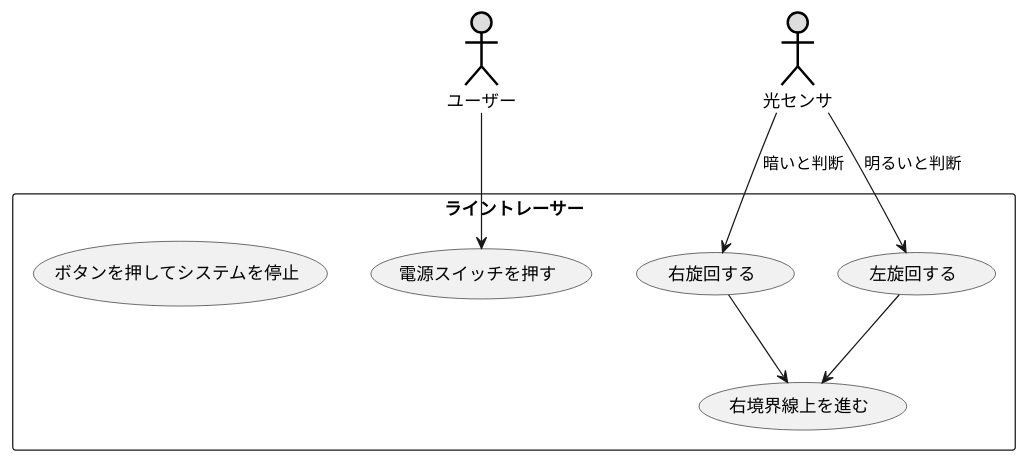
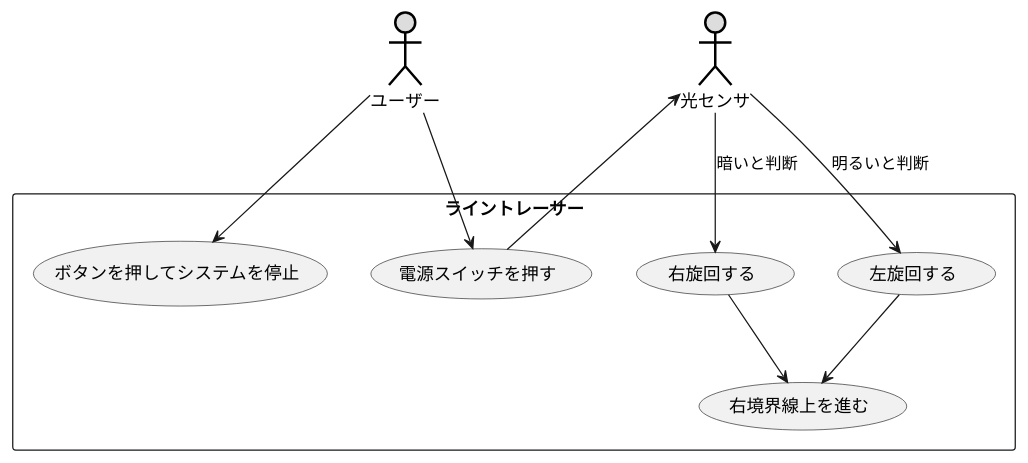
One commit to Charo249/uml_introduction changed the diagram in 605/演習6-5-2_ユースケース図_ライントレーサー.pu. Above: the diagram before and after it, drawn with PlantUML.

Commit message:
ｆｆｆ

```diff
--- a/605/演習6-5-2_ユースケース図_ライントレーサー.pu
+++ b/605/演習6-5-2_ユースケース図_ライントレーサー.pu
@@ -1,23 +1,23 @@
 @startuml
 
 actor ユーザー #DDDDDD;line:Black;line.bold;
 actor 光センサ #DDDDDD;line:Black;line.bold;
 
 rectangle ライントレーサー{
 usecase 電源スイッチを押す
 usecase 右旋回する
 usecase 左旋回する
 usecase 右境界線上を進む
 usecase ボタンを押してシステムを停止
 
 }
 
 ユーザー --> 電源スイッチを押す
-
+電源スイッチを押す --> 光センサ
 光センサ --> 右旋回する :暗いと判断
 光センサ --> 左旋回する :明るいと判断 
 右旋回する --> 右境界線上を進む
 左旋回する --> 右境界線上を進む
-
+ユーザー --> ボタンを押してシステムを停止
 
 @endUml
```
